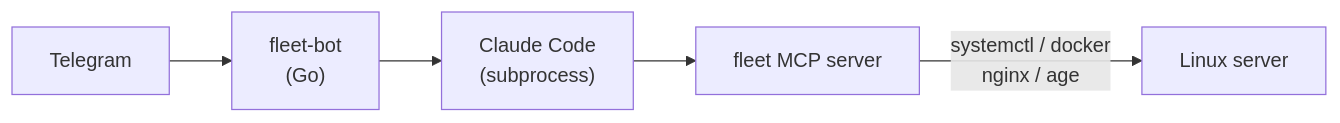
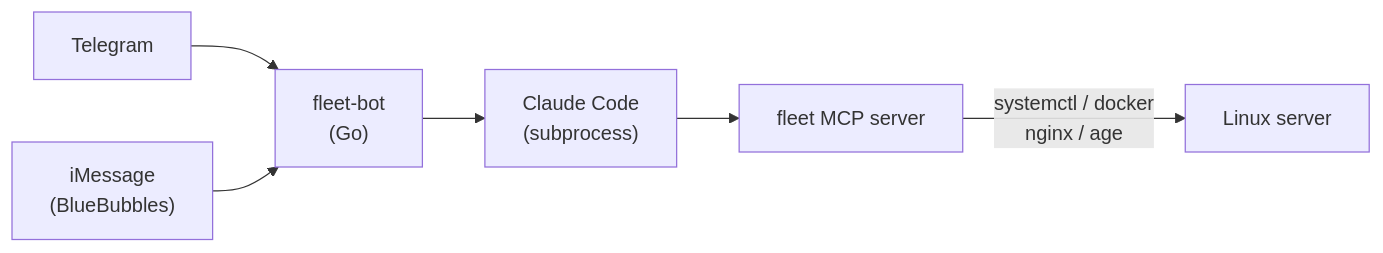
The third of 3 diagrams in docs-site/fleet/src/content/docs/getting-started/architecture.md (wrxck/fleet), drawn with Mermaid before and after one commit. The commit also changed other lines of this file and 7 other files, not shown here.

````diff
--- a/docs-site/fleet/src/content/docs/getting-started/architecture.md
+++ b/docs-site/fleet/src/content/docs/getting-started/architecture.md
@@ -82,12 +82,14 @@
 ```mermaid
 graph LR
     telegram["Telegram"]
+    bluebubbles["iMessage\n(BlueBubbles)"]
     bot["fleet-bot\n(Go)"]
     claude["Claude Code\n(subprocess)"]
     mcp["fleet MCP server"]
 
     telegram --> bot
+    bluebubbles --> bot
     bot --> claude
     claude --> mcp
     mcp --> |"systemctl / docker\nnginx / age"| server["Linux server"]
 ```
````
